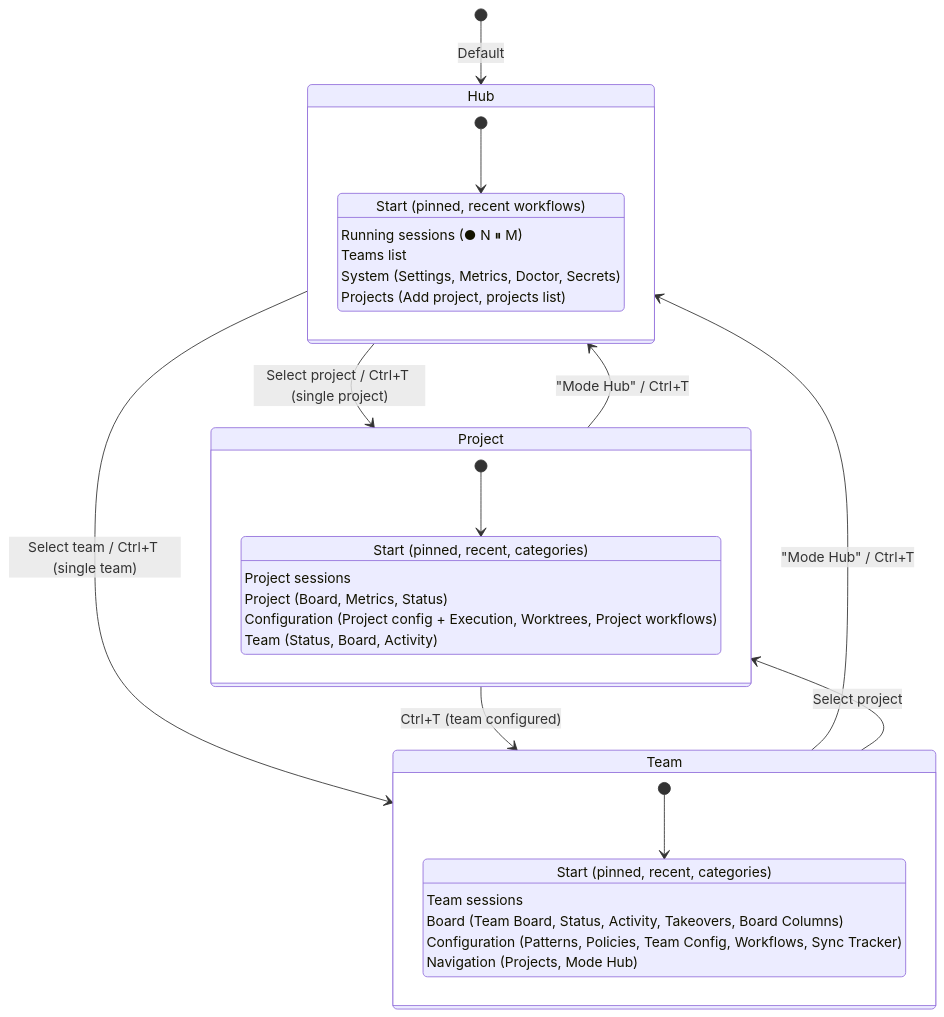
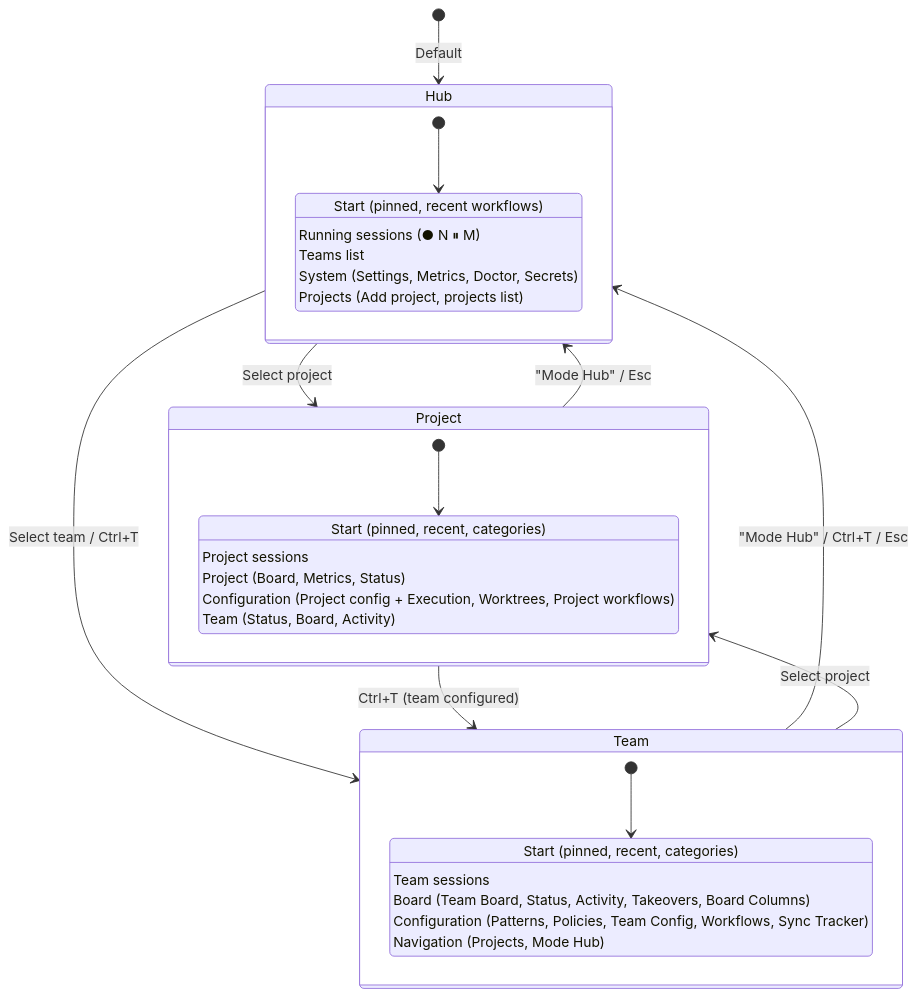
One commit to datichb/openhub changed the diagram in docs/diagrams/tui-navigation-modes.mermaid. Above: the diagram before and after it, drawn with Mermaid. The commit also changed 31 other files, not shown here.

```diff
--- a/docs/diagrams/tui-navigation-modes.mermaid
+++ b/docs/diagrams/tui-navigation-modes.mermaid
@@ -1,41 +1,41 @@
 %% OpenHub -- TUI navigation modes (v5)
 %% Hub, project and team modes and their home sections.
 
 stateDiagram-v2
     [*] --> Hub : Default
 
-    Hub --> Project : Select project / Ctrl+T (single project)
-    Hub --> Team : Select team / Ctrl+T (single team)
+    Hub --> Project : Select project
+    Hub --> Team : Select team / Ctrl+T
 
-    Project --> Hub : "Mode Hub" / Ctrl+T
+    Project --> Hub : "Mode Hub" / Esc
     Project --> Team : Ctrl+T (team configured)
 
-    Team --> Hub : "Mode Hub" / Ctrl+T
+    Team --> Hub : "Mode Hub" / Ctrl+T / Esc
     Team --> Project : Select project
 
     state Hub {
         [*] --> HubHome
         HubHome : Start (pinned, recent workflows)
         HubHome : Running sessions (● N ⏸ M)
         HubHome : Teams list
         HubHome : System (Settings, Metrics, Doctor, Secrets)
         HubHome : Projects (Add project, projects list)
     }
 
     state Project {
         [*] --> ProjectHome
         ProjectHome : Start (pinned, recent, categories)
         ProjectHome : Project sessions
         ProjectHome : Project (Board, Metrics, Status)
         ProjectHome : Configuration (Project config + Execution, Worktrees, Project workflows)
         ProjectHome : Team (Status, Board, Activity)
     }
 
     state Team {
         [*] --> TeamHome
         TeamHome : Start (pinned, recent, categories)
         TeamHome : Team sessions
         TeamHome : Board (Team Board, Status, Activity, Takeovers, Board Columns)
         TeamHome : Configuration (Patterns, Policies, Team Config, Workflows, Sync Tracker)
         TeamHome : Navigation (Projects, Mode Hub)
     }
```
